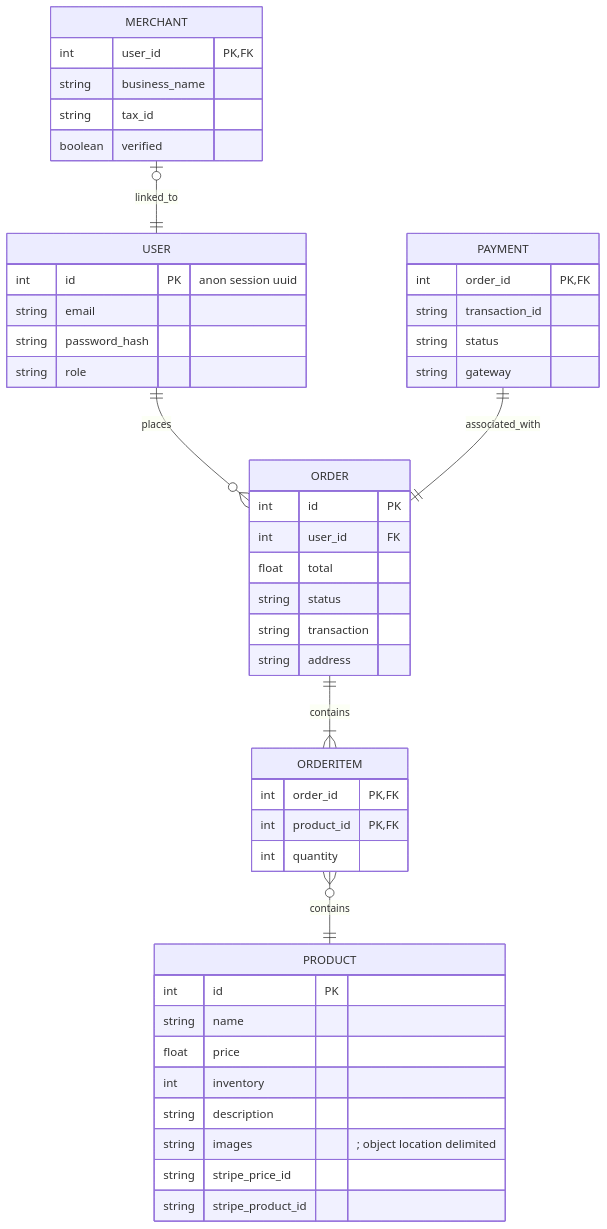
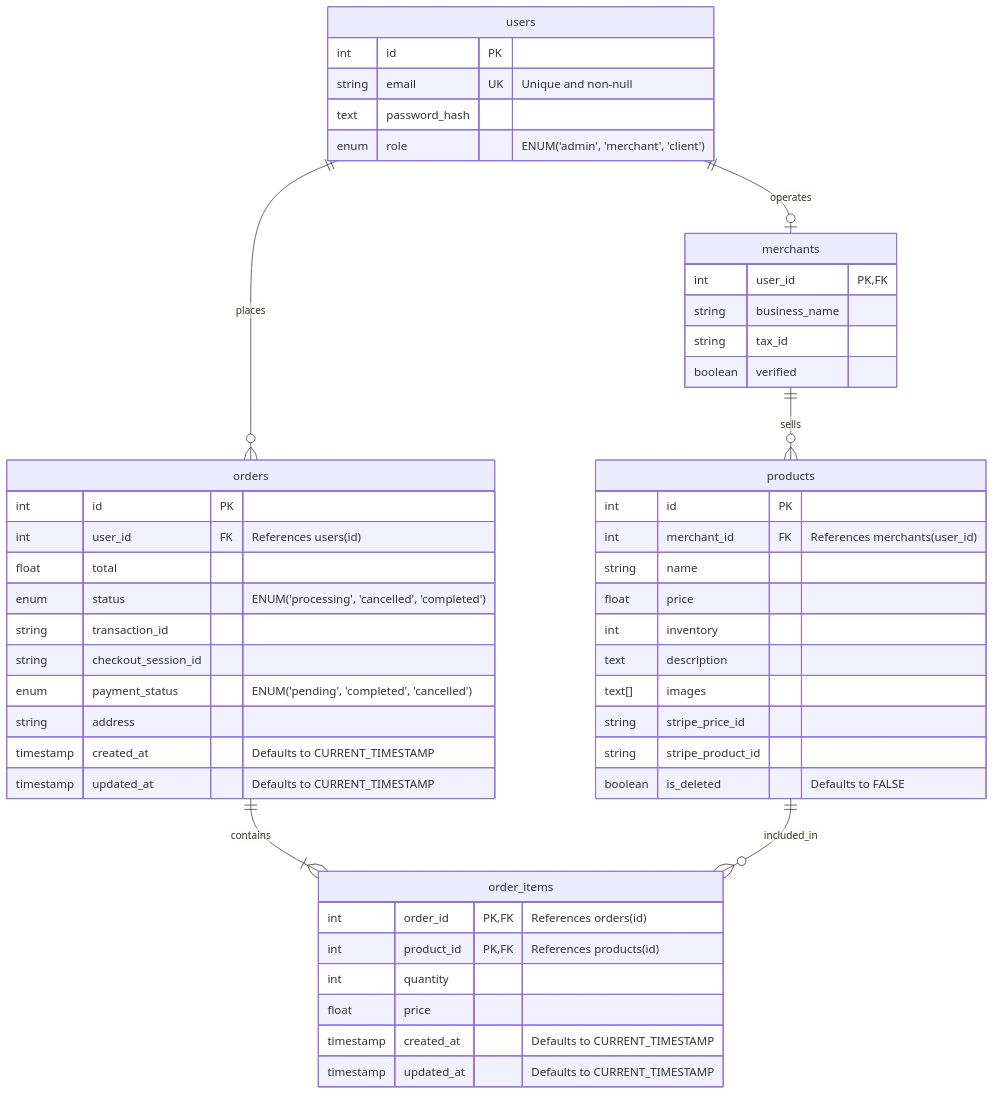
Before and after one commit to CS464-ECOMMERCE/ecommerce-app: the diagram in README.md, drawn with Mermaid. The commit also changed other lines of this file and 1 other file, not shown here.

Commit message:
fix: updated readme and erdiagram

````diff
--- a/README.md
+++ b/README.md
@@ -123,58 +138,57 @@
 ```mermaid
 erDiagram
-        USER ||--o{ ORDER : places
-        USER {
-            int id PK "anon session uuid"
-            string email
-            string password_hash
-            string role
-        }
+    users ||--o{ orders : "places"
+    users ||--o| merchants : "operates"
+    merchants ||--o{ products : "sells"
+    orders ||--|{ order_items : "contains"
+    products ||--o{ order_items : "included_in"
 
-        %% MERCHANT ||--o{ PRODUCT : sells
-        MERCHANT |o--|| USER : linked_to
-        MERCHANT {
-            int user_id PK, FK  
-            string business_name
-            string tax_id
-            boolean verified
-        }
+    users {
+        int id PK
+        string email UK "Unique and non-null"
+        text password_hash
+        enum role "ENUM('admin', 'merchant', 'client')"
+    }
 
-        %% PRODUCT ||--o{ REVIEW : reviewed_by
-        ORDER ||--|{ ORDERITEM : contains
-        PRODUCT {
-            int id PK
-            %% int merchant_id FK
-            %% int category_id FK
-            string name
-            float price
-            int inventory
-            string description
-            string images "; object location delimited"
-            string stripe_price_id
-            string stripe_product_id
-        }
-        
-        ORDER {
-            int id PK
-            int user_id FK
-            float total
-            string status
-            string transaction
-            string address
-        }
+    merchants {
+        int user_id PK,FK
+        string business_name
+        string tax_id
+        boolean verified
+    }
 
-        ORDERITEM }o--|| PRODUCT: contains
-        ORDERITEM {
-            int order_id PK, FK
-            int product_id PK, FK
-            int quantity
-        }
+    products {
+        int id PK
+        int merchant_id FK "References merchants(user_id)"
+        string name
+        float price
+        int inventory
+        text description
+        text[] images
+        string stripe_price_id
+        string stripe_product_id
+        boolean is_deleted "Defaults to FALSE"
+    }
 
-        PAYMENT ||--|| ORDER : associated_with
-        PAYMENT {
-            int order_id PK, FK
-            string transaction_id
-            string status
-            string gateway
-        }
+    orders {
+        int id PK
+        int user_id FK "References users(id)"
+        float total
+        enum status "ENUM('processing', 'cancelled', 'completed')"
+        string transaction_id
+        string checkout_session_id
+        enum payment_status "ENUM('pending', 'completed', 'cancelled')"
+        string address
+        timestamp created_at "Defaults to CURRENT_TIMESTAMP"
+        timestamp updated_at "Defaults to CURRENT_TIMESTAMP"
+    }
+
+    order_items {
+        int order_id PK,FK "References orders(id)"
+        int product_id PK,FK "References products(id)"
+        int quantity
+        float price
+        timestamp created_at "Defaults to CURRENT_TIMESTAMP"
+        timestamp updated_at "Defaults to CURRENT_TIMESTAMP"
+    }
 ```
````
